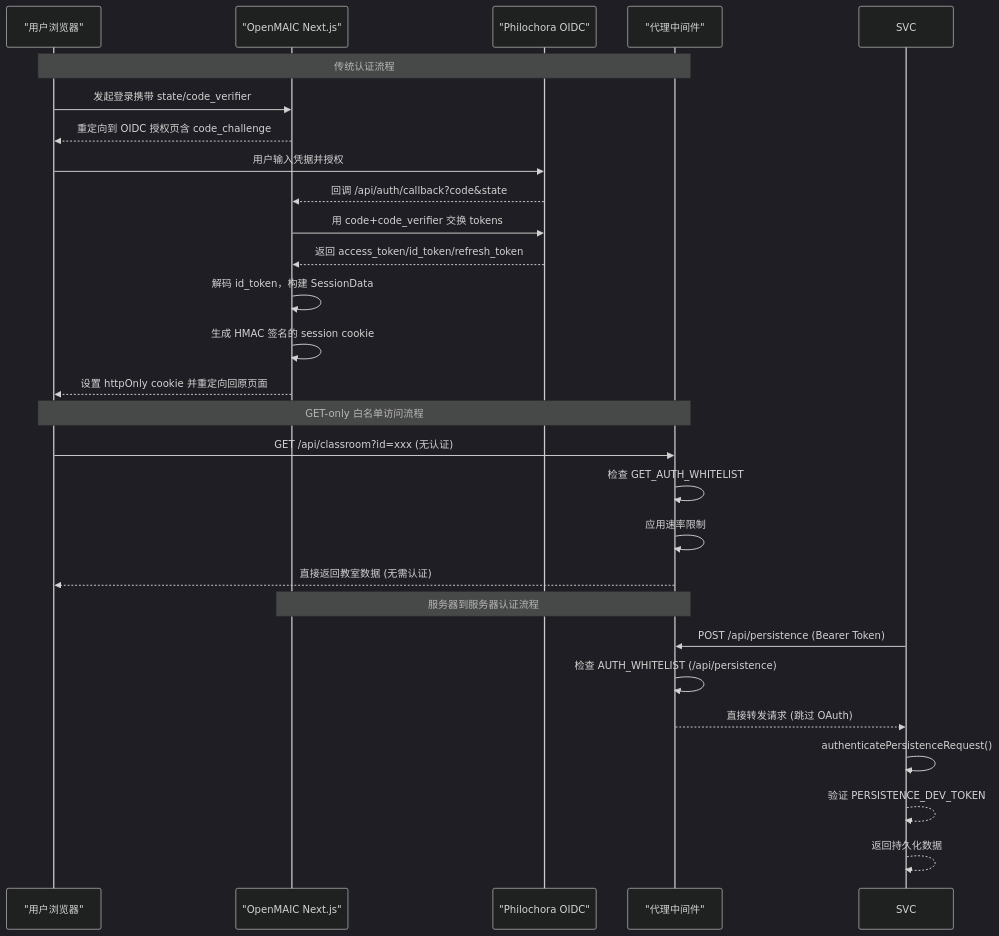
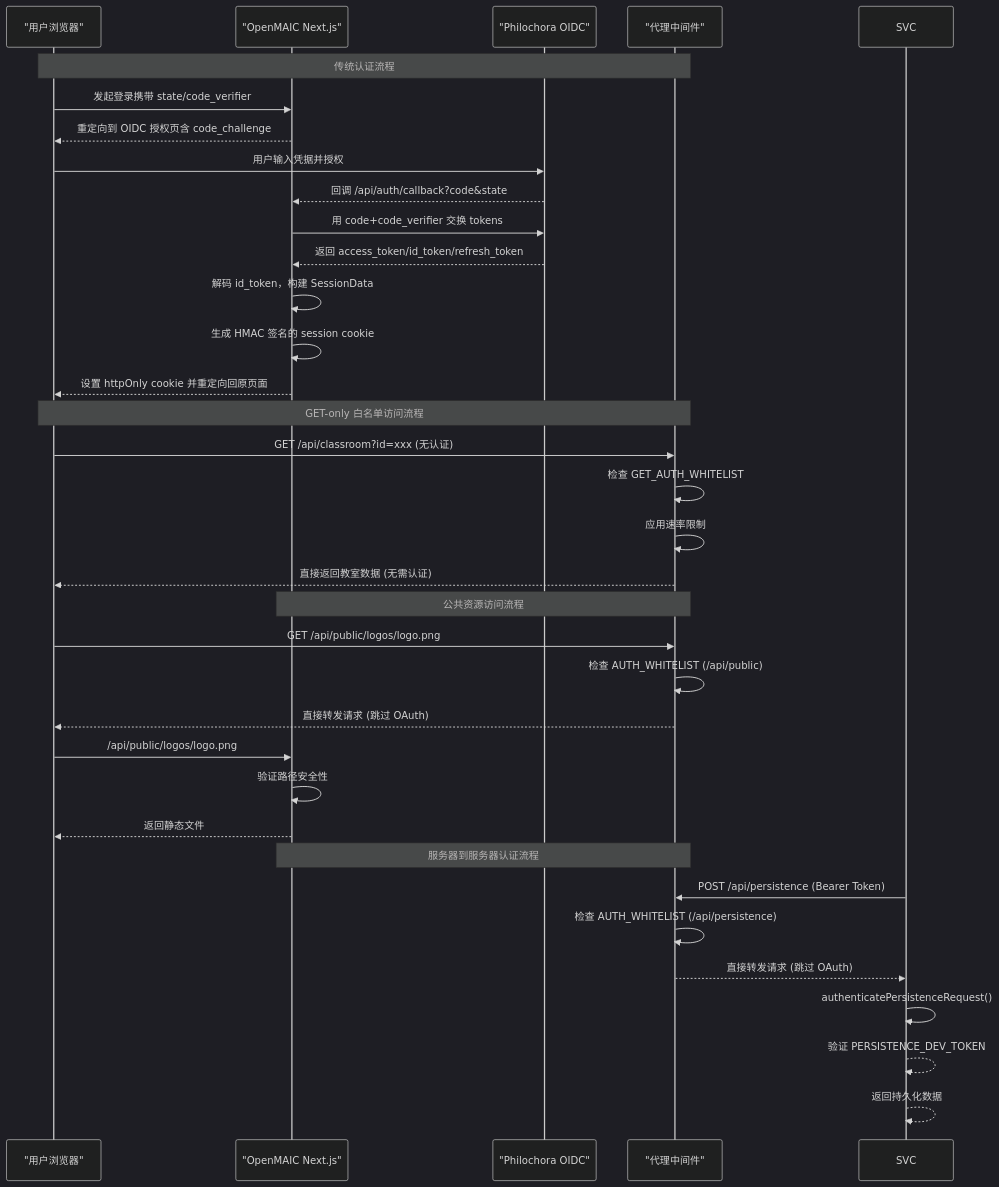
Before and after one commit to huangboheng/OpenMAIC: the first of 9 diagrams in .qoder/repowiki/zh/content/架构设计/后端架构设计/OAuth 2.0 认证系统.md, drawn with Mermaid (dark theme). The commit also changed other lines of this file and 8 other files, not shown here.

````diff
--- a/.qoder/repowiki/zh/content/架构设计/后端架构设计/OAuth 2.0 认证系统.md
+++ b/.qoder/repowiki/zh/content/架构设计/后端架构设计/OAuth 2.0 认证系统.md
@@ -53,29 +56,36 @@
 ```mermaid
 sequenceDiagram
 participant U as "用户浏览器"
 participant APP as "OpenMAIC Next.js"
 participant OIDC as "Philochora OIDC"
 participant Proxy as "代理中间件"
 Note over U,Proxy : 传统认证流程
 U->>APP : 发起登录携带 state/code_verifier
 APP-->>U : 重定向到 OIDC 授权页含 code_challenge
 U->>OIDC : 用户输入凭据并授权
 OIDC-->>APP : 回调 /api/auth/callback?code&state
 APP->>OIDC : 用 code+code_verifier 交换 tokens
 OIDC-->>APP : 返回 access_token/id_token/refresh_token
 APP->>APP : 解码 id_token，构建 SessionData
 APP->>APP : 生成 HMAC 签名的 session cookie
 APP-->>U : 设置 httpOnly cookie 并重定向回原页面
 Note over U,Proxy : GET-only 白名单访问流程
 U->>Proxy : GET /api/classroom?id=xxx (无认证)
 Proxy->>Proxy : 检查 GET_AUTH_WHITELIST
 Proxy->>Proxy : 应用速率限制
 Proxy-->>U : 直接返回教室数据 (无需认证)
+Note over Proxy,APP : 公共资源访问流程
+U->>Proxy : GET /api/public/logos/logo.png
+Proxy->>Proxy : 检查 AUTH_WHITELIST (/api/public)
+Proxy-->>U : 直接转发请求 (跳过 OAuth)
+U->>APP : /api/public/logos/logo.png
+APP->>APP : 验证路径安全性
+APP-->>U : 返回静态文件
 Note over Proxy,APP : 服务器到服务器认证流程
 SVC->>Proxy : POST /api/persistence (Bearer Token)
 Proxy->>Proxy : 检查 AUTH_WHITELIST (/api/persistence)
 Proxy-->>SVC : 直接转发请求 (跳过 OAuth)
 SVC->>SVC : authenticatePersistenceRequest()
 SVC-->>SVC : 验证 PERSISTENCE_DEV_TOKEN
 SVC-->>SVC : 返回持久化数据
 ```
````
